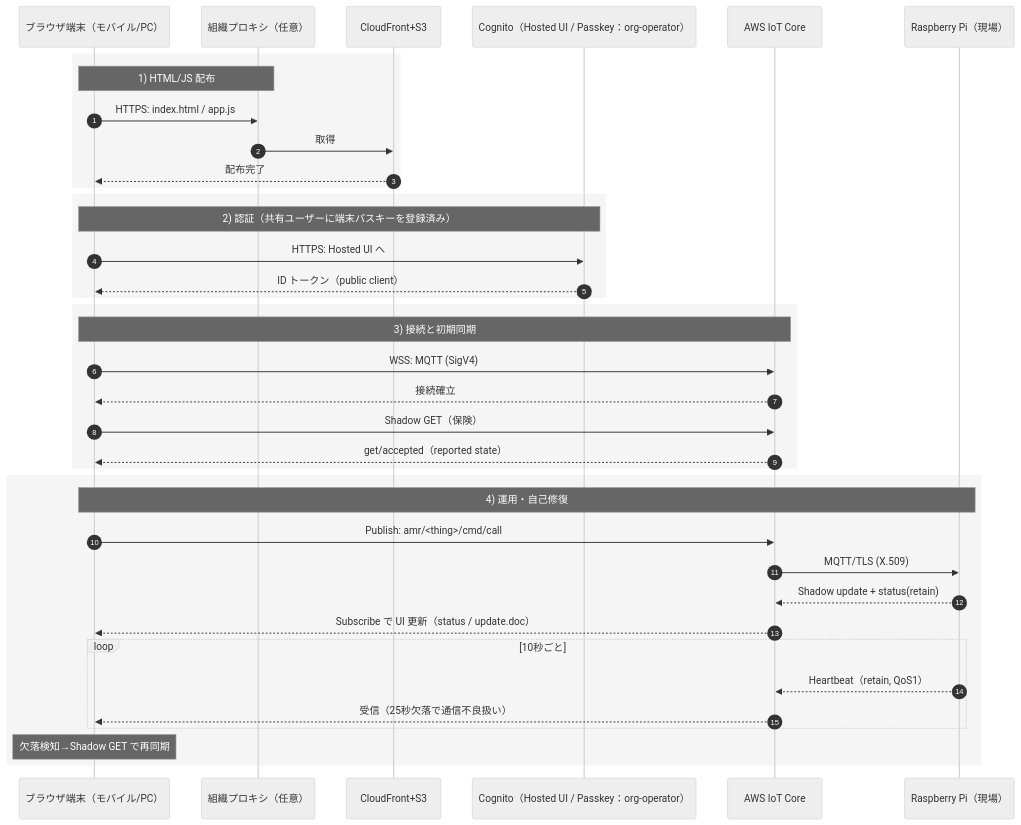
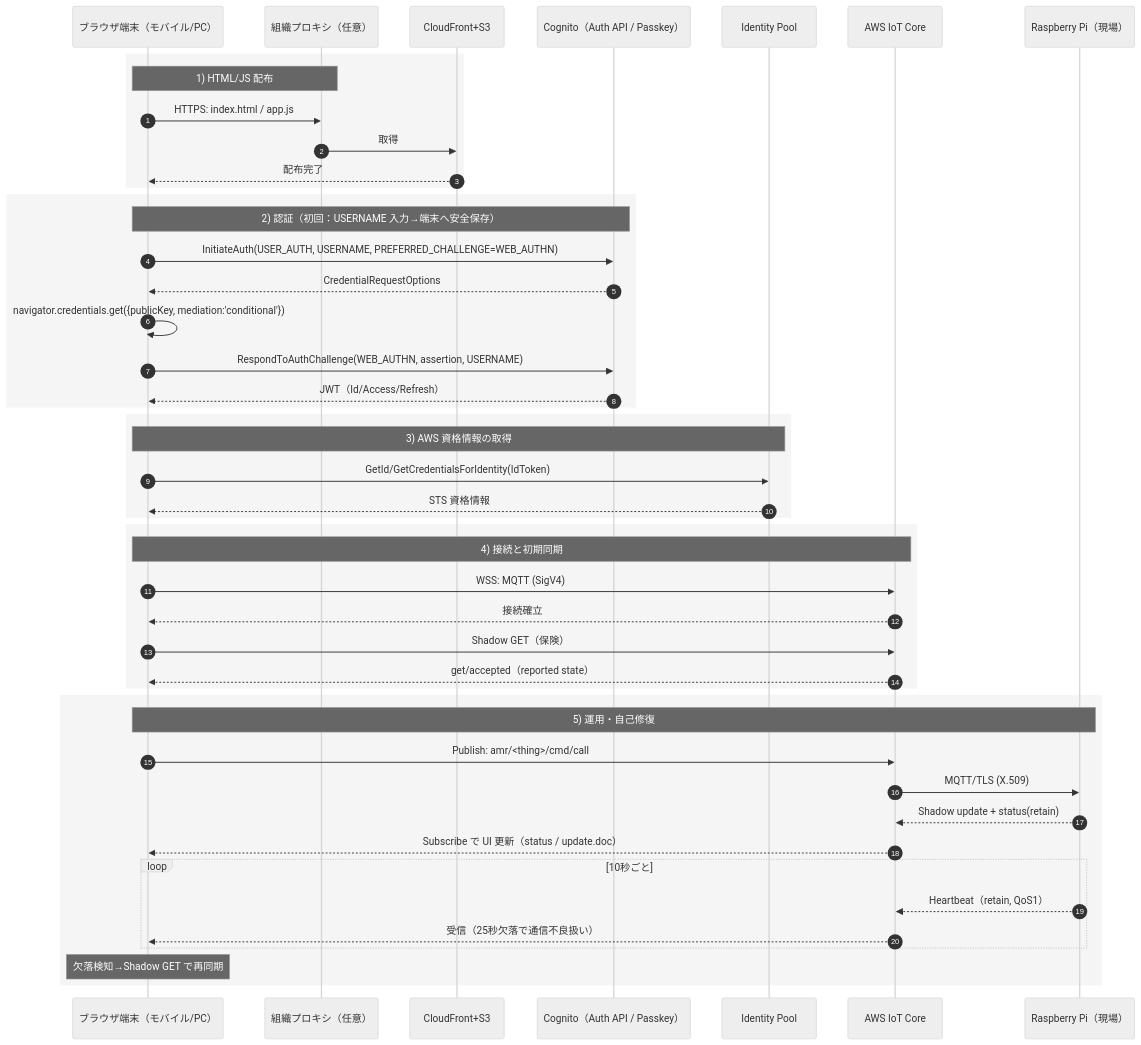
Before and after one commit to satorunnlg/iot-gateway-net: the second of 5 diagrams in README.md, drawn with Mermaid (neutral theme). The commit also changed other lines of this file, not shown here.

````diff
--- a/README.md
+++ b/README.md
@@ -103,44 +96,54 @@
 ```mermaid
 sequenceDiagram
-    autonumber
-    participant M as ブラウザ端末（モバイル/PC）
-    participant P as 組織プロキシ（任意）
-    participant CF as CloudFront+S3
-    participant Cg as Cognito（Hosted UI / Passkey：org-operator）
-    participant IoT as AWS IoT Core
-    participant R as Raspberry Pi（現場）
+  autonumber
+  participant M as ブラウザ端末（モバイル/PC）
+  participant P as 組織プロキシ（任意）
+  participant CF as CloudFront+S3
+  participant Cg as Cognito（Auth API / Passkey）
+  participant IdP as Identity Pool
+  participant IoT as AWS IoT Core
+  participant R as Raspberry Pi（現場）
 
-    rect rgb(245,245,245)
-      Note over M,P: 1) HTML/JS 配布
-      M->>P: HTTPS: index.html / app.js
-      P->>CF: 取得
-      CF-->>M: 配布完了
+  rect rgb(245,245,245)
+    Note over M,P: 1) HTML/JS 配布
+    M->>P: HTTPS: index.html / app.js
+    P->>CF: 取得
+    CF-->>M: 配布完了
+  end
+
+  rect rgb(245,245,245)
+    Note over M,Cg: 2) 認証（初回：USERNAME 入力→端末へ安全保存）
+    M->>Cg: InitiateAuth(USER_AUTH, USERNAME, PREFERRED_CHALLENGE=WEB_AUTHN)
+    Cg-->>M: CredentialRequestOptions
+    M->>M: navigator.credentials.get({publicKey, mediation:'conditional'})
+    M->>Cg: RespondToAuthChallenge(WEB_AUTHN, assertion, USERNAME)
+    Cg-->>M: JWT（Id/Access/Refresh）
+  end
+
+  rect rgb(245,245,245)
+    Note over M,IdP: 3) AWS 資格情報の取得
+    M->>IdP: GetId/GetCredentialsForIdentity(IdToken)
+    IdP-->>M: STS 資格情報
+  end
+
+  rect rgb(245,245,245)
+    Note over M,IoT: 4) 接続と初期同期
+    M->>IoT: WSS: MQTT (SigV4)
+    IoT-->>M: 接続確立
+    M->>IoT: Shadow GET（保険）
+    IoT-->>M: get/accepted（reported state）
+  end
+
+  rect rgb(245,245,245)
+    Note over M,R: 5) 運用・自己修復
+    M->>IoT: Publish: amr/<thing>/cmd/call
+    IoT->>R: MQTT/TLS (X.509)
+    R-->>IoT: Shadow update + status(retain)
+    IoT-->>M: Subscribe で UI 更新（status / update.doc）
+    loop 10秒ごと
+      R-->>IoT: Heartbeat（retain, QoS1）
+      IoT-->>M: 受信（25秒欠落で通信不良扱い）
     end
-
-    rect rgb(245,245,245)
-      Note over M,Cg: 2) 認証（共有ユーザーに端末パスキーを登録済み）
-      M->>Cg: HTTPS: Hosted UI へ
-      Cg-->>M: ID トークン（public client）
-    end
-
-    rect rgb(245,245,245)
-      Note over M,IoT: 3) 接続と初期同期
-      M->>IoT: WSS: MQTT (SigV4)
-      IoT-->>M: 接続確立
-      M->>IoT: Shadow GET（保険）
-      IoT-->>M: get/accepted（reported state）
-    end
-
-    rect rgb(245,245,245)
-      Note over M,R: 4) 運用・自己修復
-      M->>IoT: Publish: amr/<thing>/cmd/call
-      IoT->>R: MQTT/TLS (X.509)
-      R-->>IoT: Shadow update + status(retain)
-      IoT-->>M: Subscribe で UI 更新（status / update.doc）
-      loop 10秒ごと
-          R-->>IoT: Heartbeat（retain, QoS1）
-          IoT-->>M: 受信（25秒欠落で通信不良扱い）
-      end
-      Note over M: 欠落検知→Shadow GET で再同期
-    end
+    Note over M: 欠落検知→Shadow GET で再同期
+  end
 ```
````
